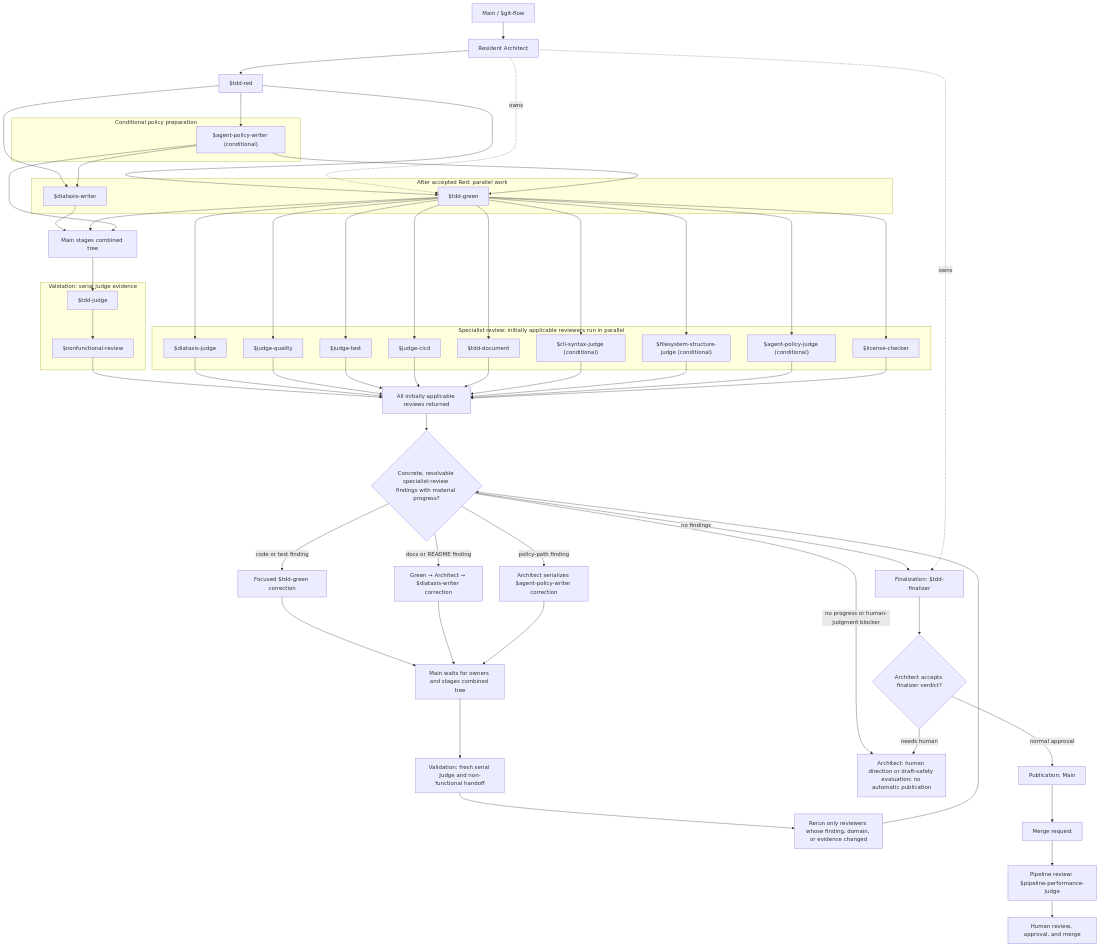
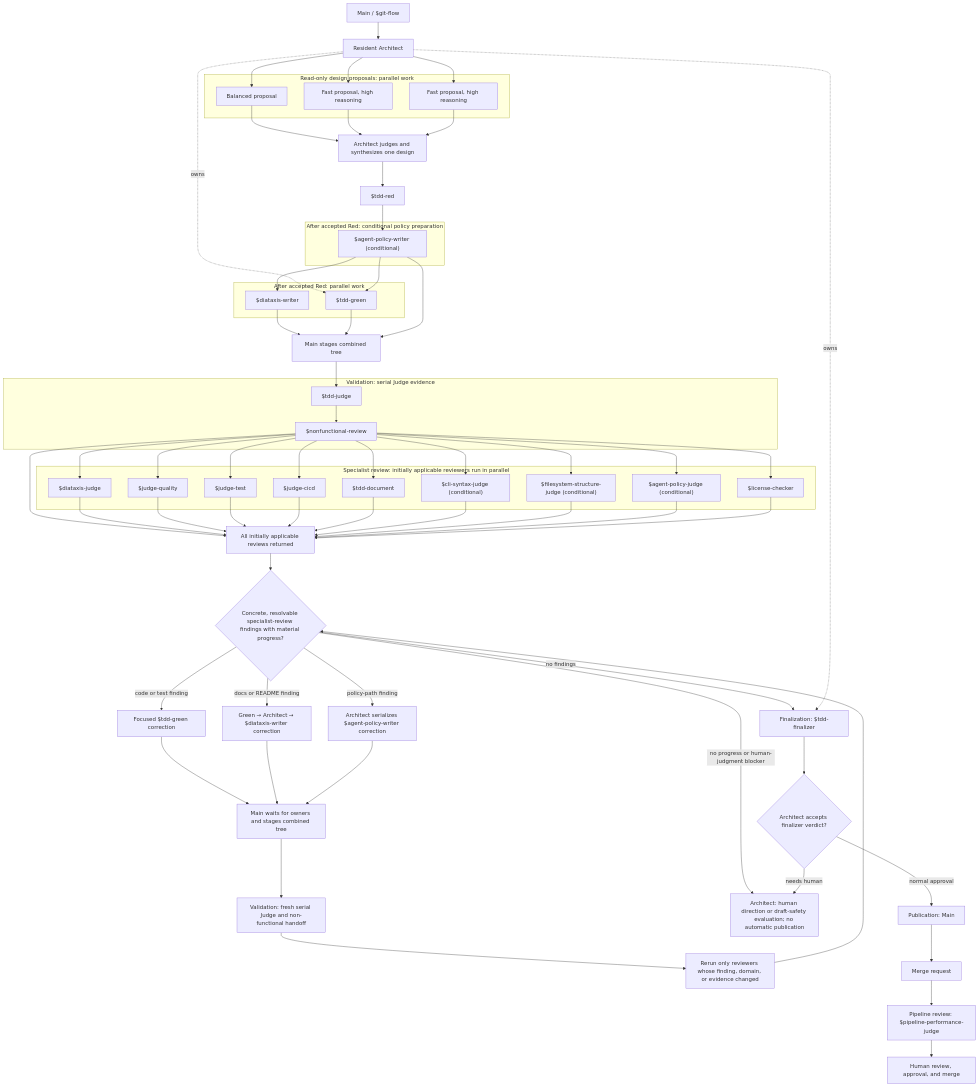
One commit to dfwguy/nvis-ova-agentic-copier changed the first of 5 diagrams in template/docs/explanation/agentic-workflow.md. Above: the diagram before and after it, drawn with Mermaid. The commit also changed other lines of this file and 26 other files, not shown here.

Commit message:
feat: add architect proposal gate

````diff
--- a/template/docs/explanation/agentic-workflow.md
+++ b/template/docs/explanation/agentic-workflow.md
@@ -205,17 +223,26 @@
 ```mermaid
 flowchart TD
     main["Main / $git-flow"] --> architect["Resident Architect"]
+    subgraph proposals["Read-only design proposals: parallel work"]
+        balanced["Balanced proposal"]
+        fastone["Fast proposal, high reasoning"]
+        fasttwo["Fast proposal, high reasoning"]
+    end
+    architect --> balanced
+    architect --> fastone
+    architect --> fasttwo
+    balanced --> synthesis["Architect judges and synthesizes one design"]
+    fastone --> synthesis
+    fasttwo --> synthesis
     red["$tdd-red"]
     subgraph implementation["After accepted Red: parallel work"]
         writer["$diataxis-writer"]
         green["$tdd-green"]
     end
-    subgraph preparation["Conditional policy preparation"]
+    subgraph preparation["After accepted Red: conditional policy preparation"]
         policywriter["$agent-policy-writer (conditional)"]
     end
-    architect --> red
-    red --> writer
-    red --> green
+    synthesis --> red
     red --> policywriter
     architect -. owns .-> green
     policywriter --> green
@@ -240,15 +267,15 @@
         license["$license-checker"]
     end
     judge --> nonfunctional
-    green --> diataxis
-    green --> quality
-    green --> testjudge
-    green --> cicd
-    green --> readme
-    green --> cli
-    green --> filesystem
-    green --> policy
-    green --> license
+    nonfunctional --> diataxis
+    nonfunctional --> quality
+    nonfunctional --> testjudge
+    nonfunctional --> cicd
+    nonfunctional --> readme
+    nonfunctional --> cli
+    nonfunctional --> filesystem
+    nonfunctional --> policy
+    nonfunctional --> license
     nonfunctional --> reviews["All initially applicable reviews returned"]
     diataxis --> reviews
     quality --> reviews
````
